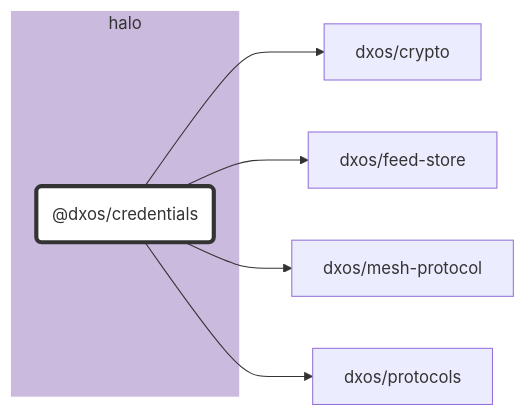
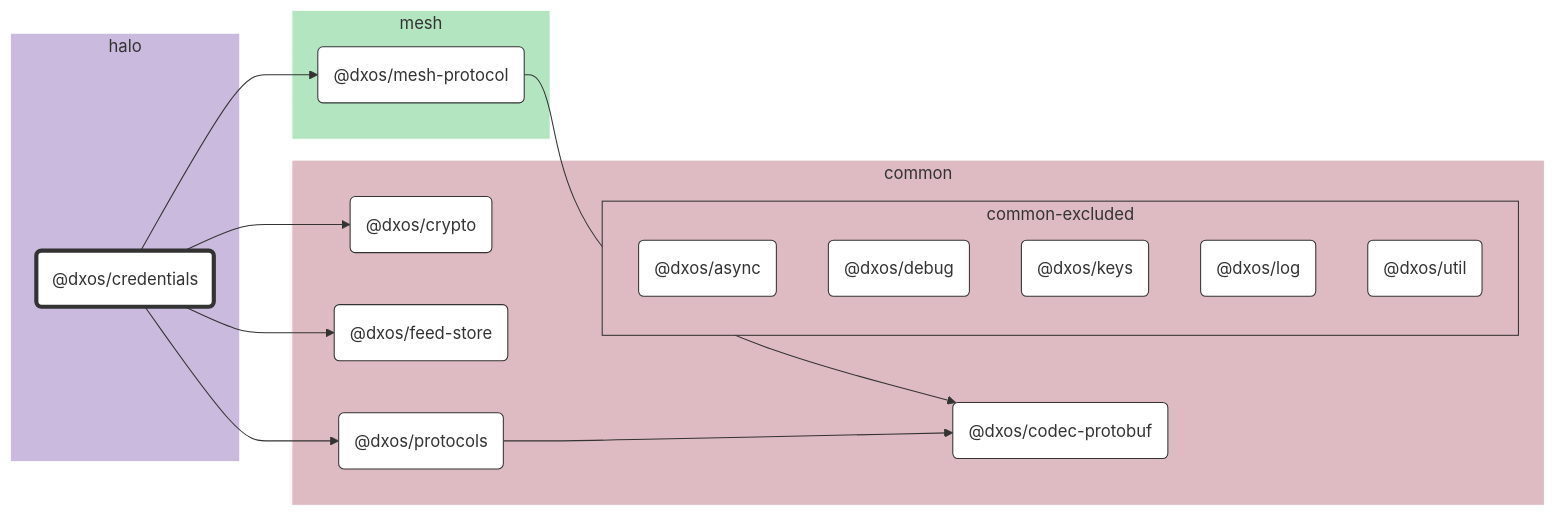
One commit to dxos/dxos changed the diagram in packages/halo/credentials/docs/README.md. Above: the diagram before and after it, drawn with Mermaid. The commit also changed 69 other files, not shown here.

````diff
--- a/packages/halo/credentials/docs/README.md
+++ b/packages/halo/credentials/docs/README.md
@@ -7,24 +7,58 @@
 ```mermaid
 %%{ init: {'flowchart':{'curve':'basis'}} }%%
 
 flowchart LR
 
 %% Classes
 classDef def fill:#fff,stroke:#333,stroke-width:1px
 classDef root fill:#fff,stroke:#333,stroke-width:4px
 
 %% Nodes
 
 subgraph halo [halo]
   style halo fill:#cabade,stroke:#fff
   dxos/credentials("@dxos/credentials"):::root
   click dxos/credentials "dxos/dxos/tree/main/packages/halo/credentials/docs"
 end
 
+subgraph common [common]
+  style common fill:#debac2,stroke:#fff
+  dxos/codec-protobuf("@dxos/codec-protobuf"):::def
+  click dxos/codec-protobuf "dxos/dxos/tree/main/packages/common/codec-protobuf/docs"
+  dxos/crypto("@dxos/crypto"):::def
+  click dxos/crypto "dxos/dxos/tree/main/packages/common/crypto/docs"
+  dxos/feed-store("@dxos/feed-store"):::def
+  click dxos/feed-store "dxos/dxos/tree/main/packages/common/feed-store/docs"
+  dxos/protocols("@dxos/protocols"):::def
+  click dxos/protocols "dxos/dxos/tree/main/packages/common/protocols/docs"
+
+  subgraph common-excluded [common-excluded]
+    style common-excluded fill:#debac2,stroke:#333,stroke-dashed:5 5
+    dxos/async("@dxos/async"):::def
+    click dxos/async "dxos/dxos/tree/main/packages/common/async/docs"
+    dxos/debug("@dxos/debug"):::def
+    click dxos/debug "dxos/dxos/tree/main/packages/common/debug/docs"
+    dxos/keys("@dxos/keys"):::def
+    click dxos/keys "dxos/dxos/tree/main/packages/common/keys/docs"
+    dxos/log("@dxos/log"):::def
+    click dxos/log "dxos/dxos/tree/main/packages/common/log/docs"
+    dxos/util("@dxos/util"):::def
+    click dxos/util "dxos/dxos/tree/main/packages/common/util/docs"
+  end
+end
+
+subgraph mesh [mesh]
+  style mesh fill:#b3e6c0,stroke:#fff
+  dxos/mesh-protocol("@dxos/mesh-protocol"):::def
+  click dxos/mesh-protocol "dxos/dxos/tree/main/packages/mesh/mesh-protocol/docs"
+end
+
 %% Links
 linkStyle default stroke:#333,stroke-width:1px
 dxos/credentials --> dxos/crypto
 dxos/credentials --> dxos/feed-store
 dxos/credentials --> dxos/mesh-protocol
+dxos/mesh-protocol --> dxos/codec-protobuf
 dxos/credentials --> dxos/protocols
+dxos/protocols --> dxos/codec-protobuf
 ```
````
